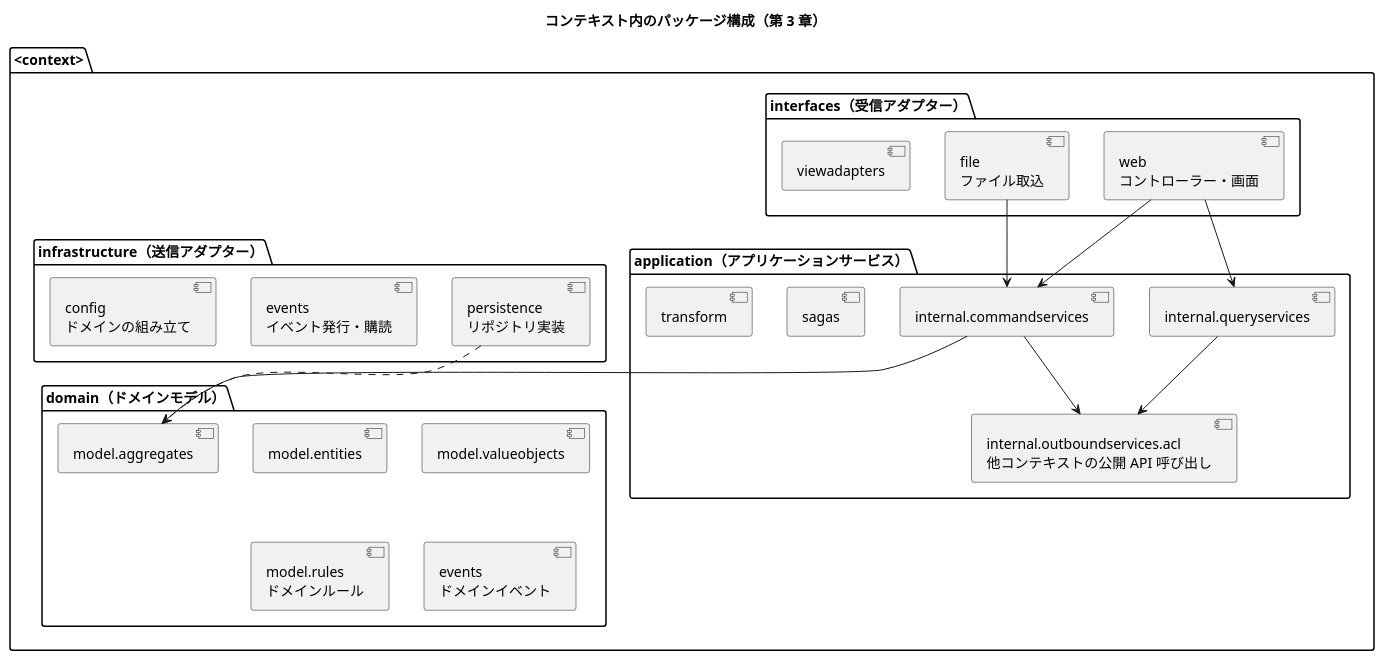
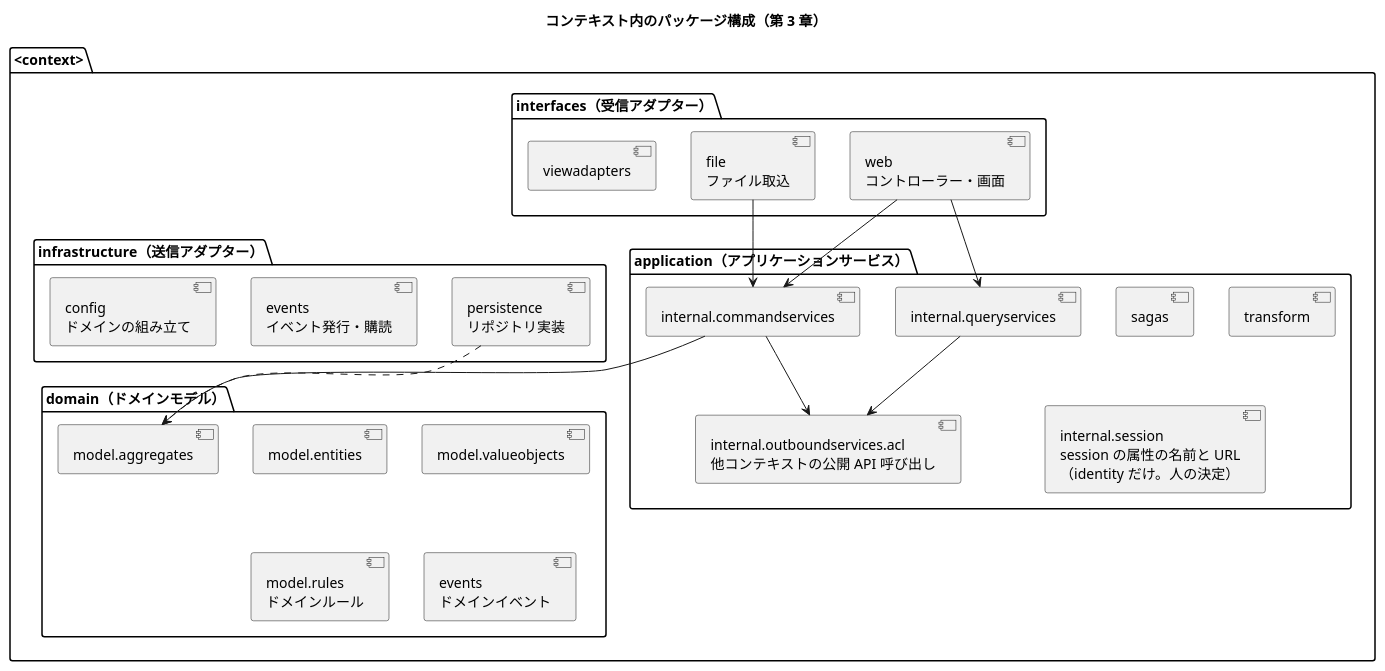
The third of 4 diagrams in docs/design/cargo-tracker/architecture_backend.md (k2works/practical-domain-driven-design-in-enterpris-application), drawn with PlantUML before and after one commit. The commit also changed other lines of this file and 10 other files, not shown here.

````diff
--- a/docs/design/cargo-tracker/architecture_backend.md
+++ b/docs/design/cargo-tracker/architecture_backend.md
@@ -219,40 +219,41 @@
 ```plantuml
 @startuml
 title コンテキスト内のパッケージ構成（第 3 章）
 
 package "<context>" {
   package "interfaces（受信アダプター）" {
     [web\nコントローラー・画面]
     [file\nファイル取込]
     [viewadapters]
   }
   package "application（アプリケーションサービス）" {
     [internal.commandservices]
     [internal.queryservices]
     [internal.outboundservices.acl\n他コンテキストの公開 API 呼び出し]
     [sagas]
     [transform]
+    [internal.session\nsession の属性の名前と URL\n（identity だけ。人の決定）]
   }
   package "domain（ドメインモデル）" {
     [model.aggregates]
     [model.entities]
     [model.valueobjects]
     [model.rules\nドメインルール]
     [events\nドメインイベント]
   }
   package "infrastructure（送信アダプター）" {
     [persistence\nリポジトリ実装]
     [events\nイベント発行・購読]
     [config\nドメインの組み立て]
   }
 }
 
 [web\nコントローラー・画面] --> [internal.commandservices]
 [file\nファイル取込] --> [internal.commandservices]
 [web\nコントローラー・画面] --> [internal.queryservices]
 [internal.commandservices] --> [model.aggregates]
 [internal.commandservices] --> [internal.outboundservices.acl\n他コンテキストの公開 API 呼び出し]
 [internal.queryservices] --> [internal.outboundservices.acl\n他コンテキストの公開 API 呼び出し]
 [persistence\nリポジトリ実装] ..> [model.aggregates]
 @enduml
 ```
````
